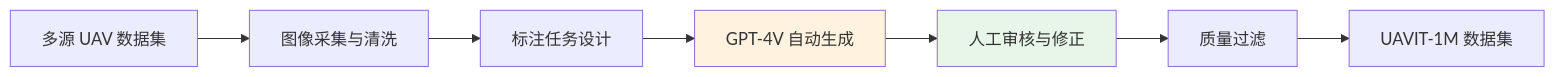
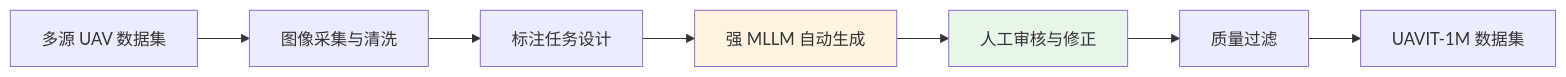
One commit to Qxy661/UAV-WM-VLA-Learning changed the third of 6 diagrams in docs/04-VLM专题/02-无人机场景理解.md. Above: the diagram before and after it, drawn with Mermaid. The commit also changed other lines of this file and 53 other files, not shown here.

````diff
--- a/docs/04-VLM专题/02-无人机场景理解.md
+++ b/docs/04-VLM专题/02-无人机场景理解.md
@@ -108,12 +119,12 @@
 ```mermaid
 graph LR
     A[多源 UAV 数据集] --> B[图像采集与清洗]
     B --> C[标注任务设计]
-    C --> D[GPT-4V 自动生成]
+    C --> D[强 MLLM 自动生成]
     D --> E[人工审核与修正]
     E --> F[质量过滤]
     F --> G[UAVIT-1M 数据集]
     
     style D fill:#fff3e0
     style E fill:#e8f5e9
 ```
````
